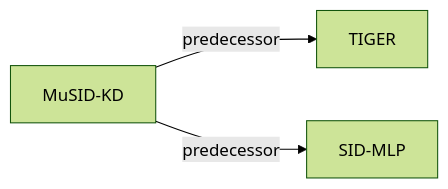
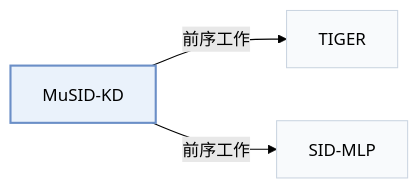
Before and after one commit to Galaxy-ghost/Awesome-SID-Generative-Rec: the second of 2 diagrams in pages/zh/papers/musid-kd.md, drawn with Mermaid (forest theme). The commit also changed other lines of this file and 649 other files, not shown here.

Commit message:
writer-05: also tags and modality index (schema, check, build, visuals); summary field removed; calibration data for 12 papers

````diff
--- a/pages/zh/papers/musid-kd.md
+++ b/pages/zh/papers/musid-kd.md
@@ -69,6 +73,10 @@
 ```mermaid
 flowchart LR
     P["MuSID-KD"]
-    P -->|predecessor| A["TIGER"]
-    P -->|predecessor| B["SID-MLP"]
+    P -->|"前序工作"| A["TIGER"]
+    P -->|"前序工作"| B["SID-MLP"]
+    classDef main fill:#eaf2fb,stroke:#6b8fc7,stroke-width:2px
+    classDef peer fill:#f8fafc,stroke:#cbd5e1
+    class P main
+    class A,B peer
 ```
````
